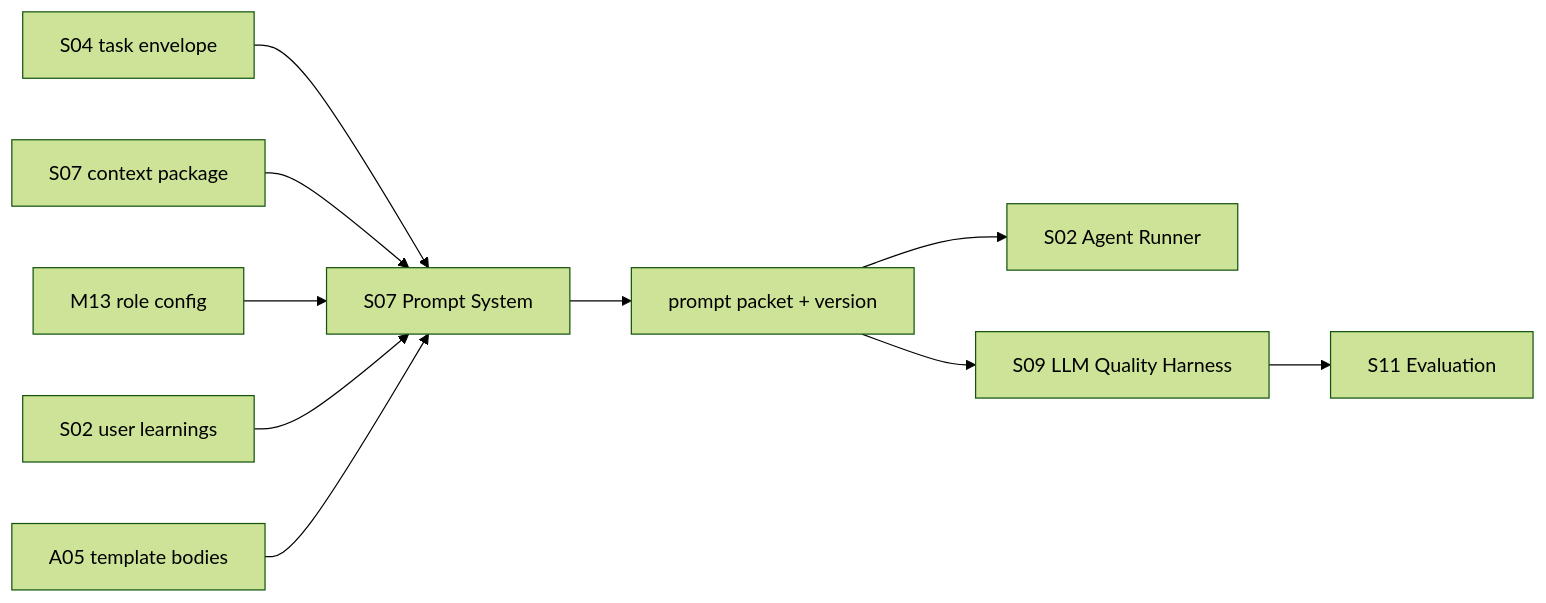
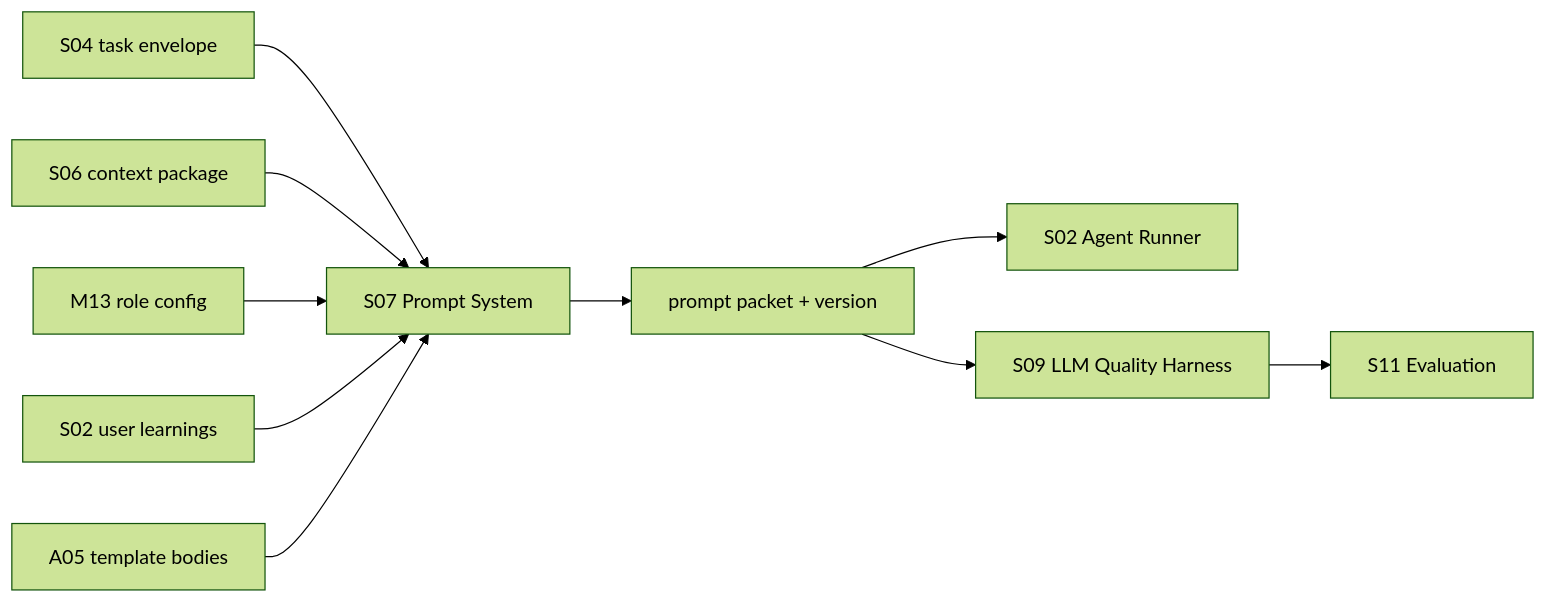
Before and after one commit to jinhuang712/open-novel: the first of 2 diagrams in spec/S07-prompt-system.md, drawn with Mermaid (forest theme). The commit also changed other lines of this file and 3 other files, not shown here.

````diff
--- a/spec/S07-prompt-system.md
+++ b/spec/S07-prompt-system.md
@@ -9,12 +9,12 @@
 ```mermaid
 flowchart LR
   Task[S04 task envelope] --> Prompt[S07 Prompt System]
-  Context[S07 context package] --> Prompt
+  Context[S06 context package] --> Prompt
   Roles[M13 role config] --> Prompt
   Experience[S02 user learnings] --> Prompt
   Templates[A05 template bodies] --> Prompt
   Prompt --> Packet[prompt packet + version]
   Packet --> Runner[S02 Agent Runner]
   Packet --> Harness[S09 LLM Quality Harness]
   Harness --> Gate[S11 Evaluation]
 ```
````
